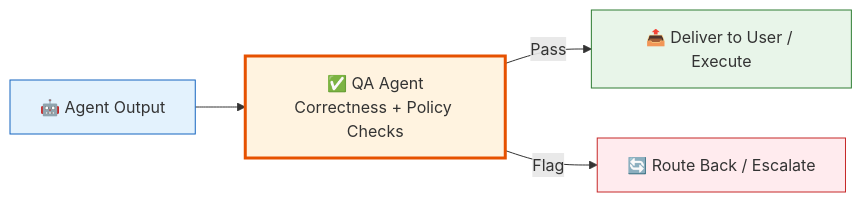
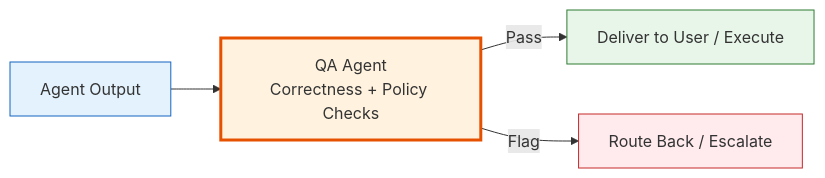
One commit to Driftloom/Vaeloom changed the diagram in docs/testing/README.md. Above: the diagram before and after it, drawn with Mermaid. The commit also changed other lines of this file and 694 other files, not shown here.

First line of the commit message:
docs: mermaid standardization — encoding/mermaid/duplicate cleanup

````diff
--- a/docs/testing/README.md
+++ b/docs/testing/README.md
@@ -47,16 +47,16 @@
 ```mermaid
 graph LR
-    AO["🤖 Agent Output"] --> QA["✅ QA Agent<br/>Correctness + Policy Checks"]
-    QA -->|Pass| DEL["📤 Deliver to User / Execute"]
-    QA -->|Flag| RB["🔄 Route Back / Escalate"]
+ AO["Agent Output"]--> QA["QA Agent<br/>Correctness + Policy Checks"]
+ QA-->|Pass| DEL["Deliver to User / Execute"]
+ QA-->|Flag| RB["Route Back / Escalate"]
 
-    classDef output fill:#e3f2fd,stroke:#1565c0
-    classDef qa fill:#fff3e0,stroke:#e65100,stroke-width:3px
-    classDef result fill:#e8f5e9,stroke:#2e7d32
-    classDef flag fill:#ffebee,stroke:#c62828
+ classDef output fill:#e3f2fd,stroke:#1565c0
+ classDef qa fill:#fff3e0,stroke:#e65100,stroke-width:3px
+ classDef result fill:#e8f5e9,stroke:#2e7d32
+ classDef flag fill:#ffebee,stroke:#c62828
 
-    class AO output
-    class QA qa
-    class DEL result
-    class RB flag
+ class AO output
+ class QA qa
+ class DEL result
+ class RB flag
 ```
````
